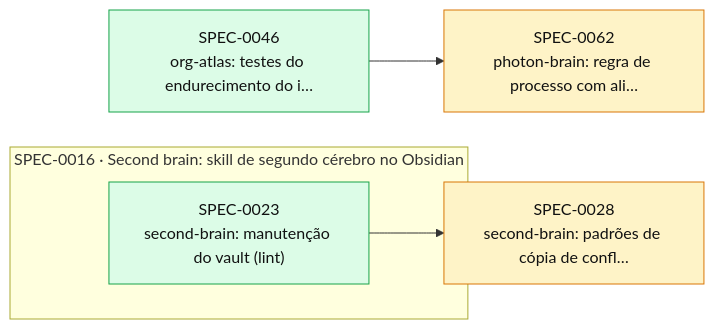
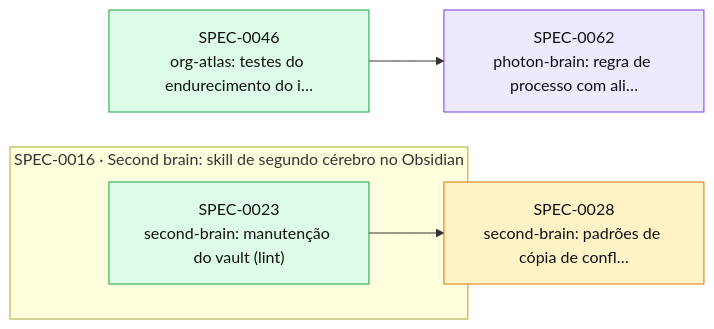
The diagram in docs/specs/INDEX.md (thomasravache/ai-dev-brain), drawn with Mermaid before and after one commit. The commit also changed other lines of this file and 1 other file, not shown here.

First line of the commit message:
docs(specs): H1 e PLAN da SPEC-0062

````diff
--- a/docs/specs/INDEX.md
+++ b/docs/specs/INDEX.md
@@ -49,16 +49,16 @@
 ```mermaid
 flowchart LR
   S0028["SPEC-0028<br/>second-brain: padrões de cópia de confl…"]:::proposed
   S0046["SPEC-0046<br/>org-atlas: testes do endurecimento do i…"]:::implemented
-  S0062["SPEC-0062<br/>photon-brain: regra de processo com ali…"]:::proposed
+  S0062["SPEC-0062<br/>photon-brain: regra de processo com ali…"]:::inprogress
   subgraph E0016["SPEC-0016 · Second brain: skill de segundo cérebro no Obsidian"]
     S0023["SPEC-0023<br/>second-brain: manutenção do vault (lint)"]:::implemented
   end
   S0023 --> S0028
   S0046 --> S0062
   classDef proposed fill:#fef3c7,stroke:#d97706,color:#111
   classDef approved fill:#dbeafe,stroke:#2563eb,color:#111
   classDef inprogress fill:#ede9fe,stroke:#7c3aed,color:#111
   classDef implemented fill:#dcfce7,stroke:#16a34a,color:#111
   classDef deprecated fill:#f3f4f6,stroke:#9ca3af,color:#6b7280
 ```
````
